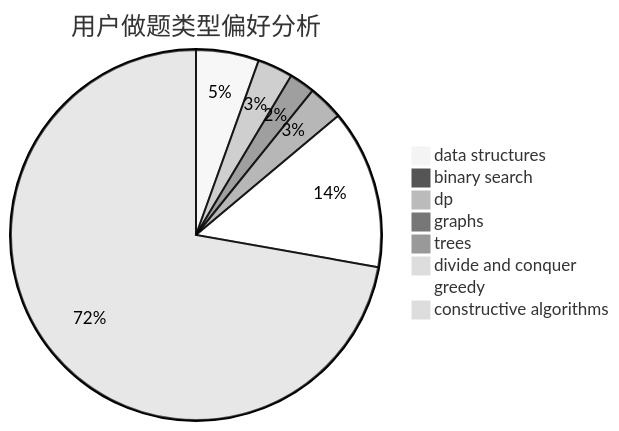
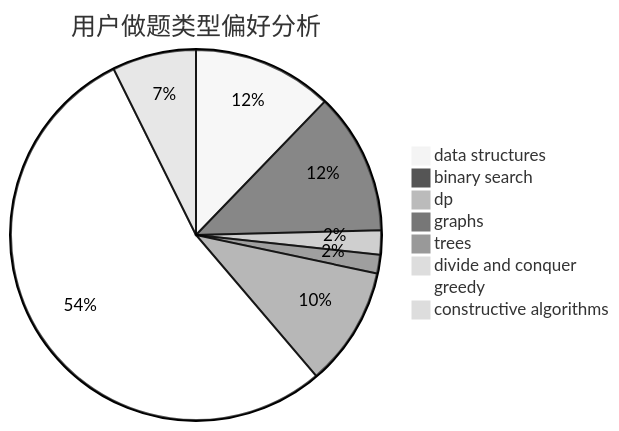
Before and after one commit to sherpahu/cfrs.github.io: the second of 3 diagrams in docs/user/u593.md, drawn with Mermaid (neutral theme). The commit also changed other lines of this file and 2770 other files, not shown here.

````diff
--- a/docs/user/u593.md
+++ b/docs/user/u593.md
@@ -23,11 +23,11 @@
 ```mermaid
 pie title 用户做题类型偏好分析
-    "data structures" :  32
-    "binary search" :  1
-    "dp" :  18
-    "graphs" :  13
-    "trees" :  18
+    "data structures" :  75
+    "binary search" :  76
+    "dp" :  13
+    "graphs" :  10
+    "trees" :  64
     "divide and conquer" :  0
-    "greedy" :  81
-    "constructive algorithms" :  421
+    "greedy" :  331
+    "constructive algorithms" :  45
 ```
````
